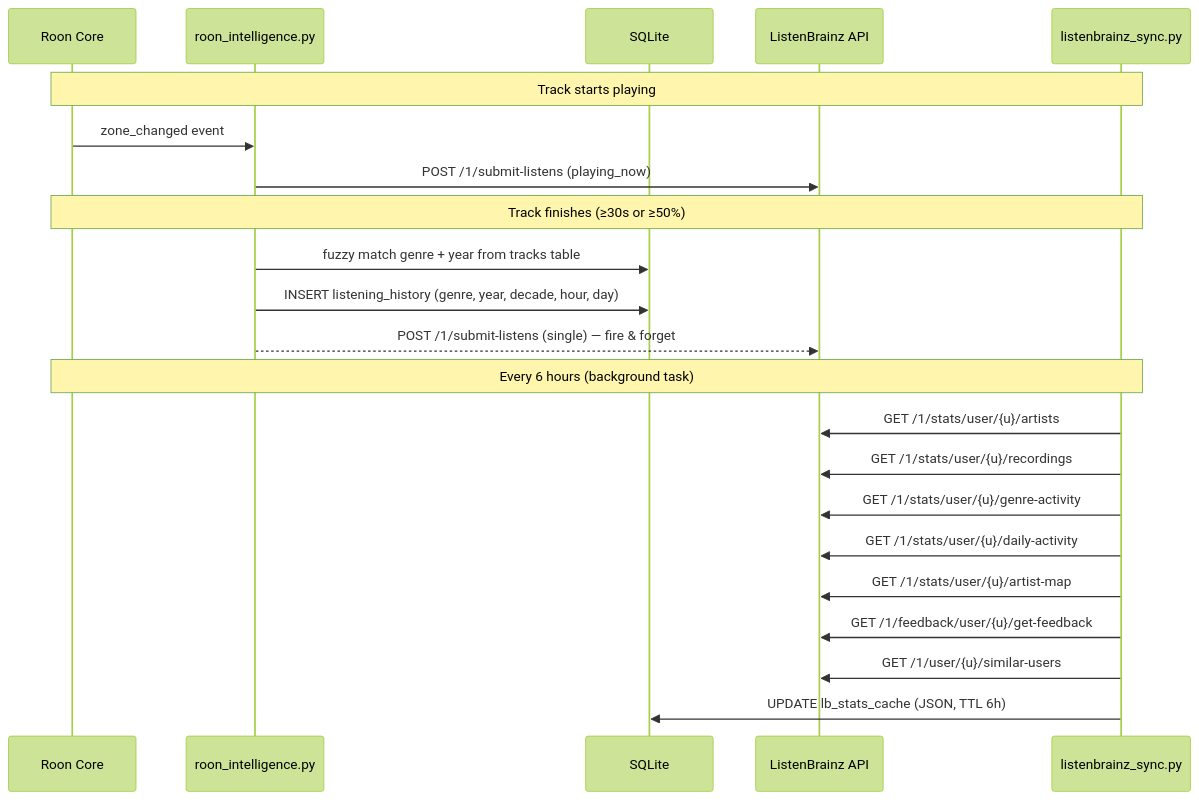
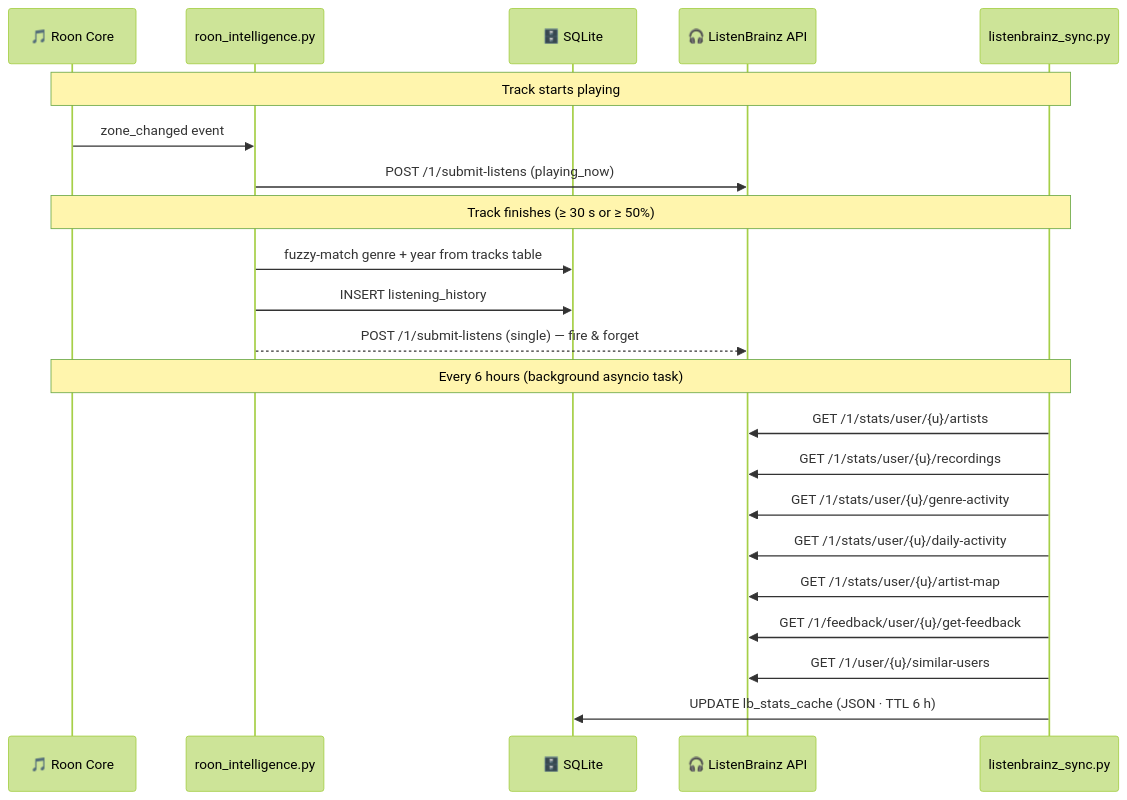
Before and after one commit to Georgemvp/roonsage: the fifth of 5 diagrams in README.md, drawn with Mermaid (forest theme). The commit also changed other lines of this file, not shown here.

Commit message:
docs: README v6.0 redesign — Mermaid diagrams, ToC, collapsible API, screenshots

````diff
--- a/README.md
+++ b/README.md
@@ -230,27 +339,27 @@
 ```mermaid
 sequenceDiagram
-    participant R as Roon Core
-    participant M as roon_intelligence.py
-    participant DB as SQLite
-    participant LB as ListenBrainz API
-    participant S as listenbrainz_sync.py
+    participant R  as 🎵 Roon Core
+    participant M  as roon_intelligence.py
+    participant DB as 🗄️ SQLite
+    participant LB as 🎧 ListenBrainz API
+    participant S  as listenbrainz_sync.py
 
     Note over R,S: Track starts playing
-    R->>M: zone_changed event
-    M->>LB: POST /1/submit-listens (playing_now)
+    R  ->> M:  zone_changed event
+    M  ->> LB: POST /1/submit-listens (playing_now)
 
-    Note over R,S: Track finishes (≥30s or ≥50%)
-    M->>DB: fuzzy match genre + year from tracks table
-    M->>DB: INSERT listening_history (genre, year, decade, hour, day)
-    M-->>LB: POST /1/submit-listens (single) — fire & forget
+    Note over R,S: Track finishes (≥ 30 s or ≥ 50%)
+    M  ->> DB: fuzzy-match genre + year from tracks table
+    M  ->> DB: INSERT listening_history
+    M -->> LB: POST /1/submit-listens (single) — fire & forget
 
-    Note over R,S: Every 6 hours (background task)
-    S->>LB: GET /1/stats/user/{u}/artists
-    S->>LB: GET /1/stats/user/{u}/recordings
-    S->>LB: GET /1/stats/user/{u}/genre-activity
-    S->>LB: GET /1/stats/user/{u}/daily-activity
-    S->>LB: GET /1/stats/user/{u}/artist-map
-    S->>LB: GET /1/feedback/user/{u}/get-feedback
-    S->>LB: GET /1/user/{u}/similar-users
-    S->>DB: UPDATE lb_stats_cache (JSON, TTL 6h)
+    Note over R,S: Every 6 hours (background asyncio task)
+    S  ->> LB: GET /1/stats/user/{u}/artists
+    S  ->> LB: GET /1/stats/user/{u}/recordings
+    S  ->> LB: GET /1/stats/user/{u}/genre-activity
+    S  ->> LB: GET /1/stats/user/{u}/daily-activity
+    S  ->> LB: GET /1/stats/user/{u}/artist-map
+    S  ->> LB: GET /1/feedback/user/{u}/get-feedback
+    S  ->> LB: GET /1/user/{u}/similar-users
+    S  ->> DB: UPDATE lb_stats_cache (JSON · TTL 6 h)
 ```
````
